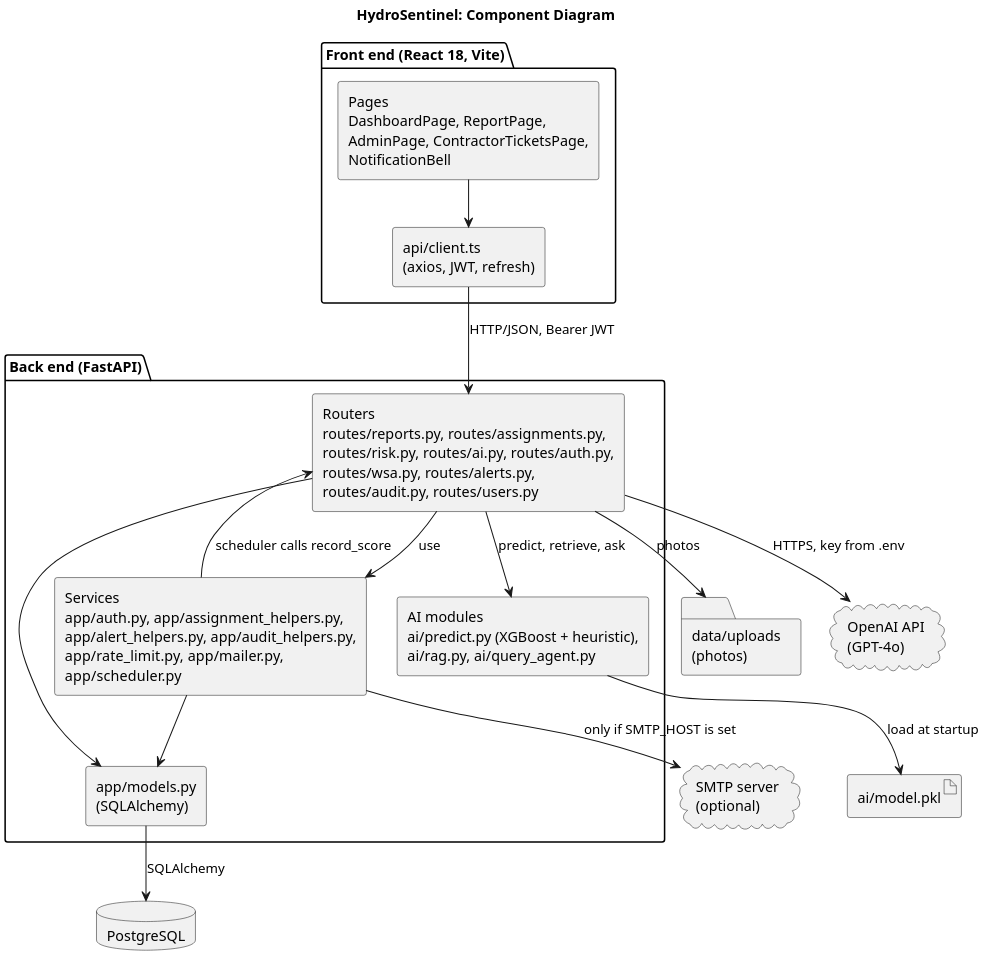
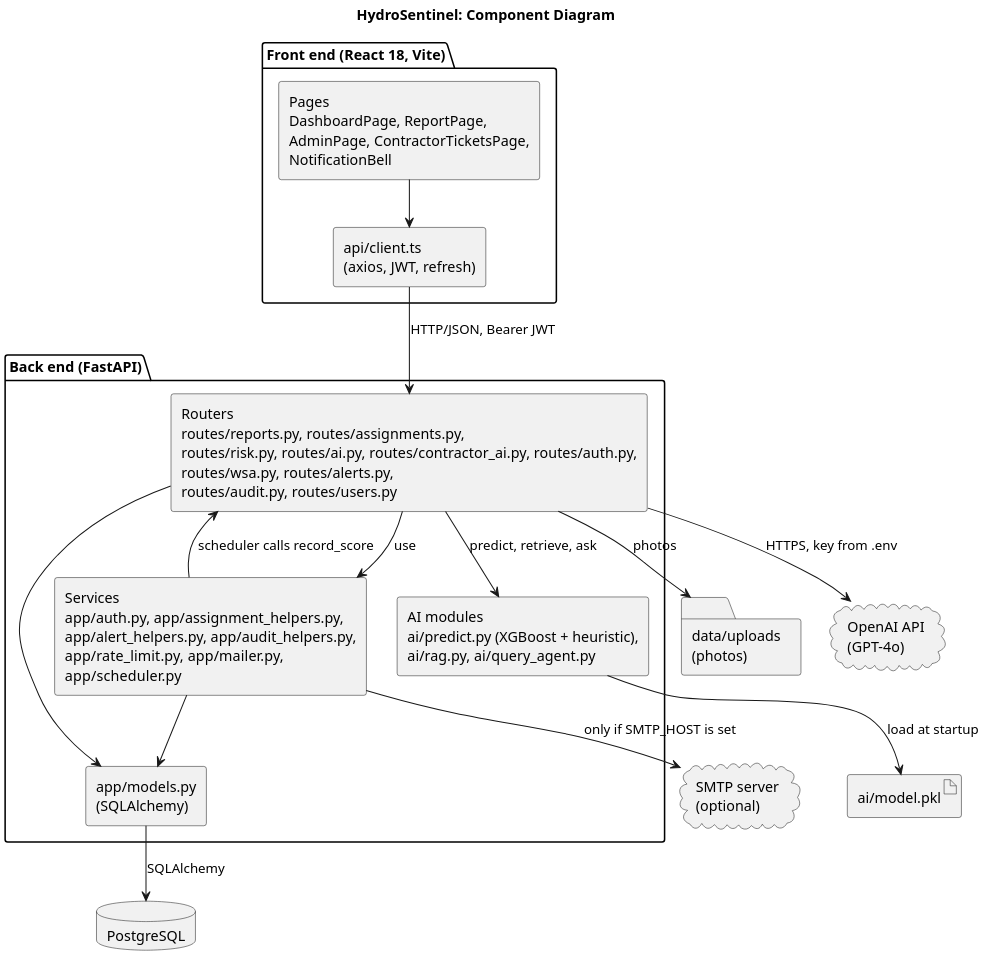
One commit to Malodeity/hydrosentinel changed the diagram in docs/a5/uml/ISJ107V_A5_Q3.4a_Component.puml. Above: the diagram before and after it, drawn with PlantUML. The commit also changed 33 other files, not shown here.

First line of the commit message:
Docs: slides built around what changed since Assignment 4, limitations then and now, live testing segment; report, diagrams, evidence and presentation script updated

```diff
--- a/docs/a5/uml/ISJ107V_A5_Q3.4a_Component.puml
+++ b/docs/a5/uml/ISJ107V_A5_Q3.4a_Component.puml
@@ -1,39 +1,39 @@
 @startuml
 skinparam shadowing false
 skinparam dpi 200
 skinparam defaultFontName Helvetica
 skinparam componentStyle rectangle
 top to bottom direction
 skinparam nodesep 30
 skinparam ranksep 45
 title HydroSentinel: Component Diagram
 
 package "Front end (React 18, Vite)" {
   component "Pages\nDashboardPage, ReportPage,\nAdminPage, ContractorTicketsPage,\nNotificationBell" as Pages
   component "api/client.ts\n(axios, JWT, refresh)" as Client
 }
 package "Back end (FastAPI)" {
-  component "Routers\nroutes/reports.py, routes/assignments.py,\nroutes/risk.py, routes/ai.py, routes/auth.py,\nroutes/wsa.py, routes/alerts.py,\nroutes/audit.py, routes/users.py" as Routers
+  component "Routers\nroutes/reports.py, routes/assignments.py,\nroutes/risk.py, routes/ai.py, routes/contractor_ai.py, routes/auth.py,\nroutes/wsa.py, routes/alerts.py,\nroutes/audit.py, routes/users.py" as Routers
   component "Services\napp/auth.py, app/assignment_helpers.py,\napp/alert_helpers.py, app/audit_helpers.py,\napp/rate_limit.py, app/mailer.py,\napp/scheduler.py" as Services
   component "AI modules\nai/predict.py (XGBoost + heuristic),\nai/rag.py, ai/query_agent.py" as AI
   component "app/models.py\n(SQLAlchemy)" as Models
 }
 database "PostgreSQL" as DB
 folder "data/uploads\n(photos)" as Up
 artifact "ai/model.pkl" as Model
 cloud "OpenAI API\n(GPT-4o)" as OAI
 cloud "SMTP server\n(optional)" as Smtp
 
 Pages --> Client
 Client --> Routers : HTTP/JSON, Bearer JWT
 Routers --> Services : use
 Routers --> AI : predict, retrieve, ask
 Services --> Routers : scheduler calls record_score
 Routers --> Models
 Services --> Models
 Models --> DB : SQLAlchemy
 Routers --> Up : photos
 AI --> Model : load at startup
 Routers --> OAI : HTTPS, key from .env
 Services --> Smtp : only if SMTP_HOST is set
 @enduml
```
